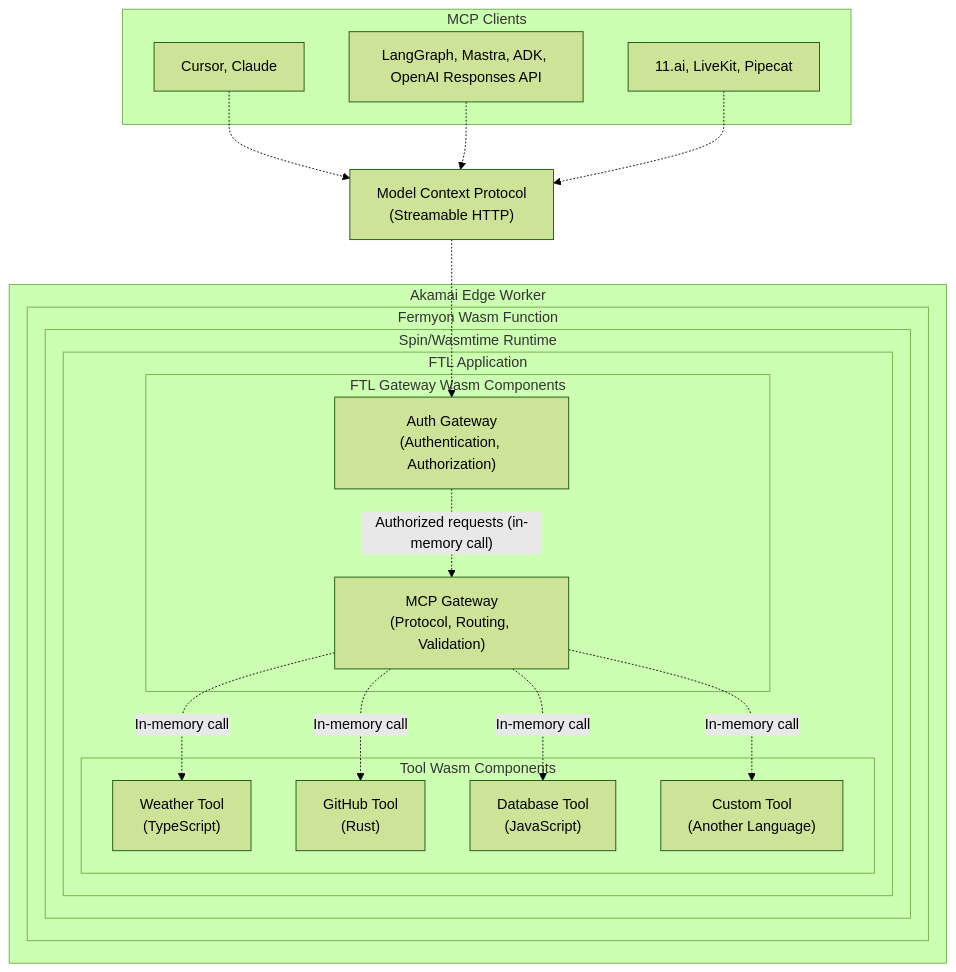
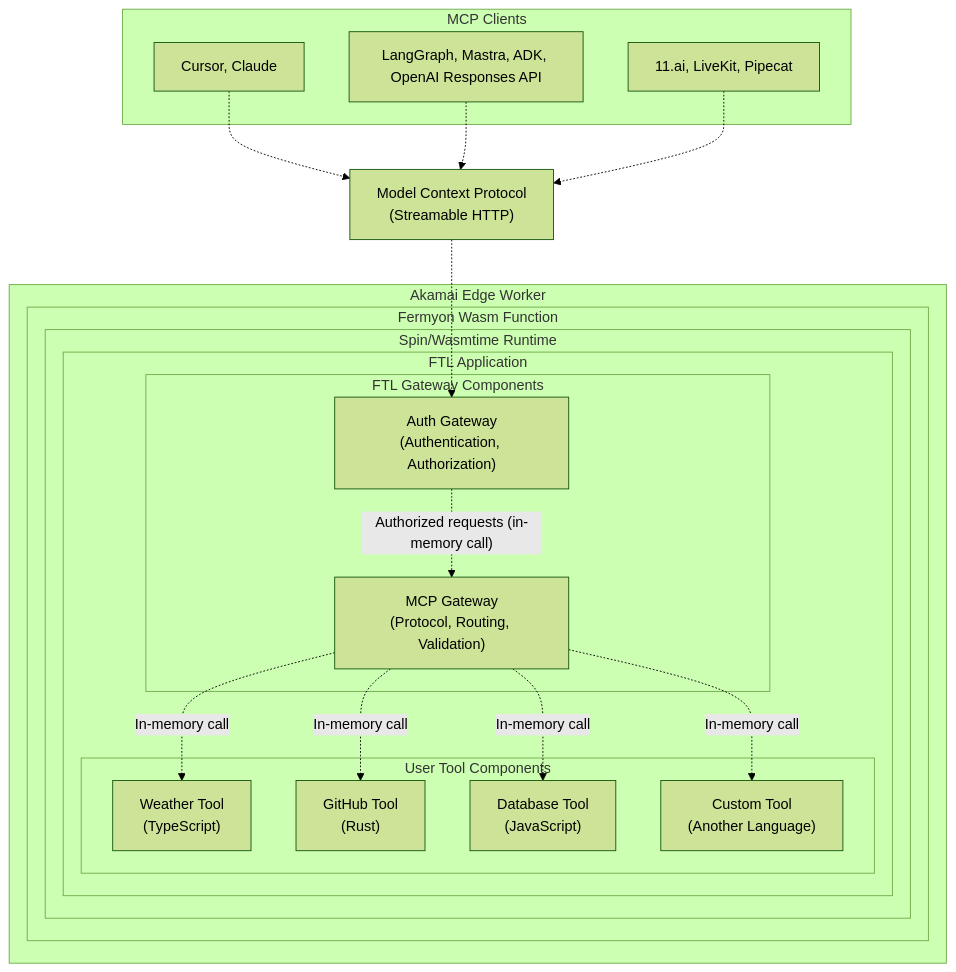
One commit to fastertools/ftl changed the diagram in README.md. Above: the diagram before and after it, drawn with Mermaid (forest theme).

Commit message:
docs: Readme diagram clarification

````diff
--- a/README.md
+++ b/README.md
@@ -179,40 +179,40 @@
 ```mermaid
 graph TB
     subgraph "MCP Clients"
         Desktops["Cursor, Claude"]
         Agents["LangGraph, Mastra, ADK, OpenAI Responses API"]
         Realtime["11.ai, LiveKit, Pipecat"]
     end
     
     MCP["Model Context Protocol<br/>(Streamable HTTP)"]
     
     subgraph "Akamai Edge Worker"
         subgraph "Fermyon Wasm Function"
             subgraph "Spin/Wasmtime Runtime"
                 subgraph "FTL Application"
-                    subgraph "FTL Gateway Wasm Components"
+                    subgraph "FTL Gateway Components"
                         AuthGateway["Auth Gateway<br/>(Authentication, Authorization)"]
                         MCPGateway["MCP Gateway<br/>(Protocol, Routing, Validation)"]
                     end
                     
-                    subgraph "Tool Wasm Components"
+                    subgraph "User Tool Components"
                         Weather["Weather Tool<br/>(TypeScript)"]
                         GitHub["GitHub Tool<br/>(Rust)"]
                         Database["Database Tool<br/>(JavaScript)"]
                         Custom["Custom Tool<br/>(Another Language)"]
                     end
                 end
             end
         end
     end
     
     Desktops -.->| | MCP
     Agents -.->| | MCP
     Realtime -.->| | MCP
     MCP -.->| | AuthGateway
     AuthGateway -.->|"Authorized requests (in-memory call)"| MCPGateway
     MCPGateway -.->|"In-memory call"| Weather
     MCPGateway -.->|"In-memory call"| GitHub
     MCPGateway -.->|"In-memory call"| Database
     MCPGateway -.->|"In-memory call"| Custom
 ```
````
